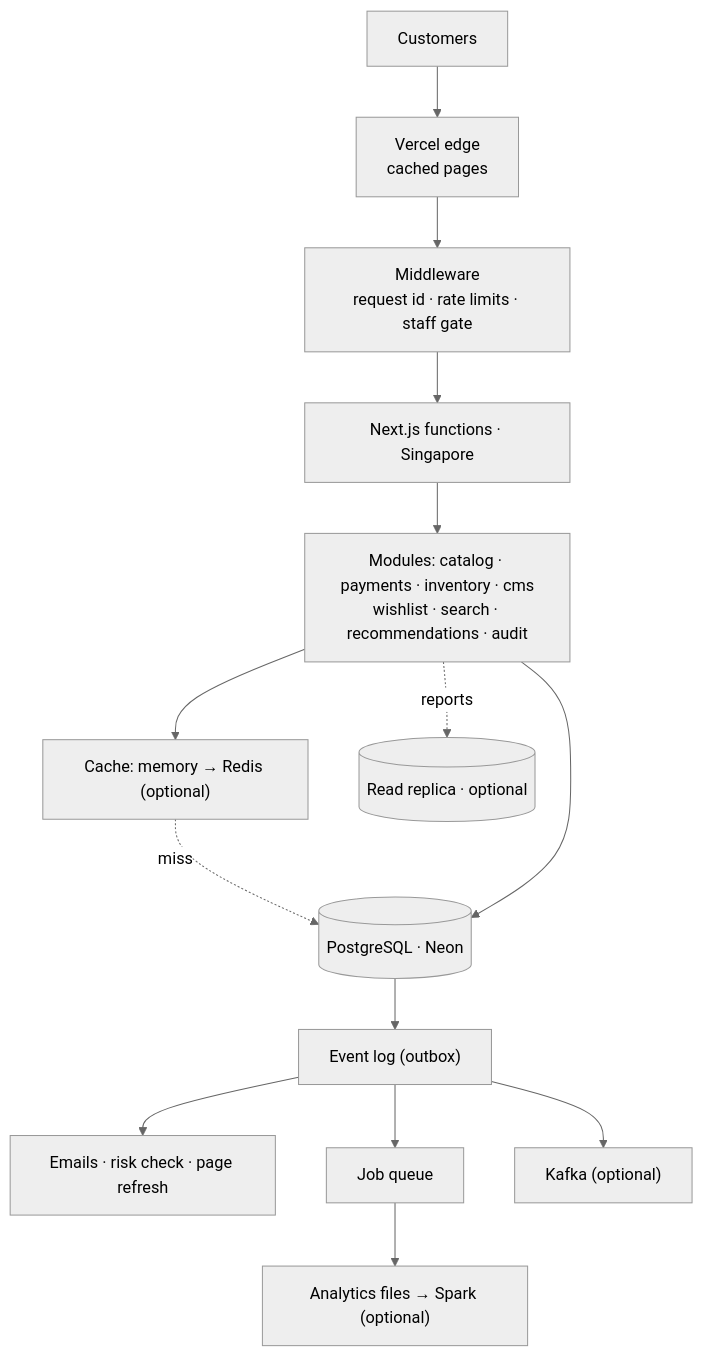
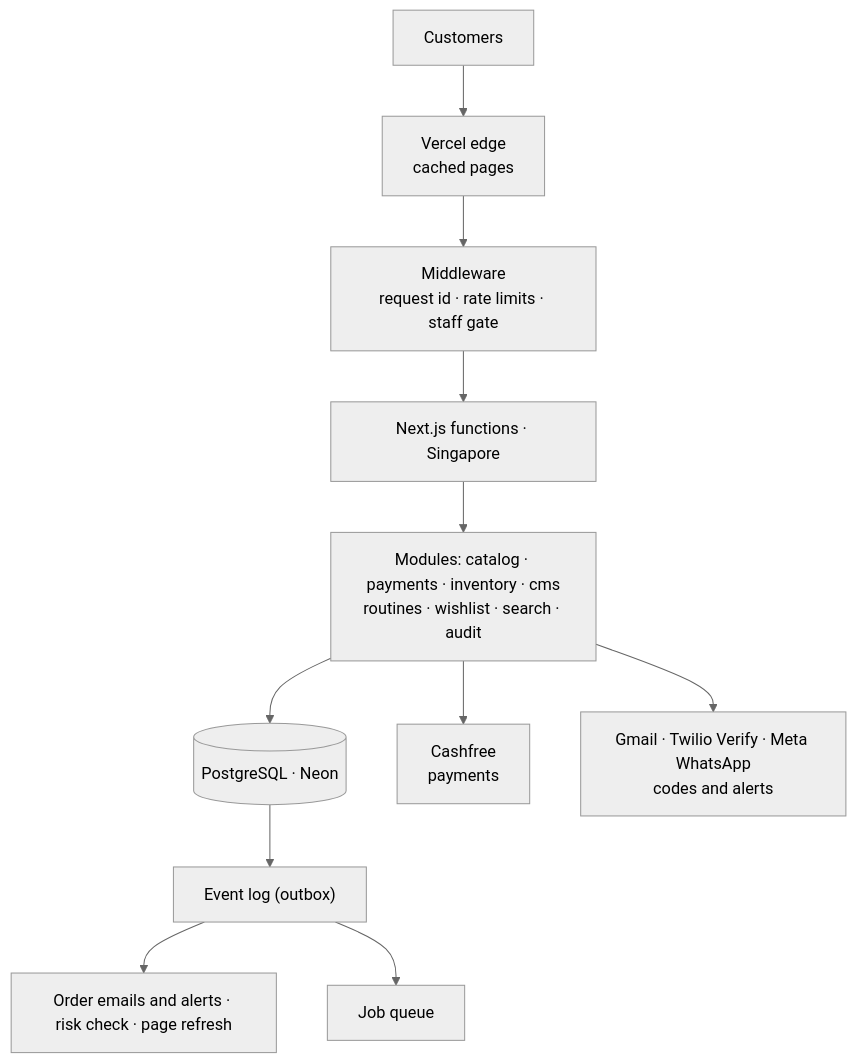
The diagram in README.md (champion19007/AVYORA-BEAUTY-), drawn with Mermaid (neutral theme) before and after one commit. The commit also changed other lines of this file and 1 other file, not shown here.

First line of the commit message:
Rewrite the README for sign-in codes, guest checkout and order alerts

````diff
--- a/README.md
+++ b/README.md
@@ -216,16 +249,13 @@
 ```mermaid
 flowchart TD
   U["Customers"] --> CDN["Vercel edge<br/>cached pages"]
   CDN --> MW["Middleware<br/>request id · rate limits · staff gate"]
   MW --> APP["Next.js functions · Singapore"]
-  APP --> MOD["Modules: catalog · payments · inventory · cms<br/>wishlist · search · recommendations · audit"]
-  MOD --> CACHE["Cache: memory → Redis (optional)"]
-  CACHE -. miss .-> PG
+  APP --> MOD["Modules: catalog · payments · inventory · cms<br/>routines · wishlist · search · audit"]
   MOD --> PG[("PostgreSQL · Neon")]
-  MOD -. "reports" .-> RR[("Read replica · optional")]
+  MOD --> PAY["Cashfree<br/>payments"]
+  MOD --> MSG["Gmail · Twilio Verify · Meta WhatsApp<br/>codes and alerts"]
   PG --> OUT["Event log (outbox)"]
-  OUT --> WORK["Emails · risk check · page refresh"]
+  OUT --> WORK["Order emails and alerts · risk check · page refresh"]
   OUT --> JOBS["Job queue"]
-  OUT --> K["Kafka (optional)"]
-  JOBS --> LAKE["Analytics files → Spark (optional)"]
 ```
````
